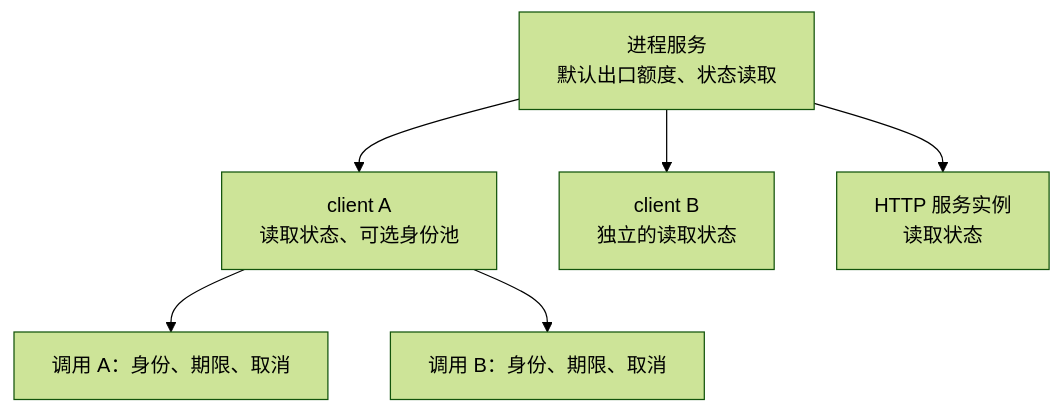
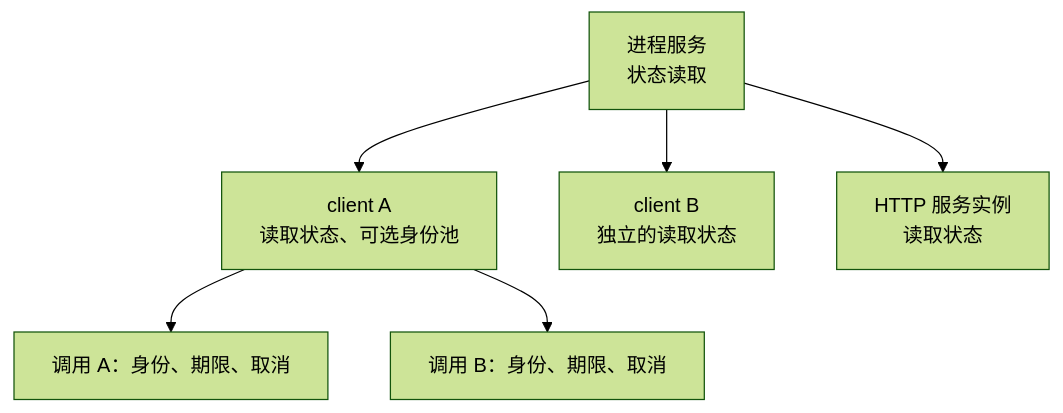
The fourth of 5 diagrams in docs/guide/request-layer-overview.md (nonhana/hana-music-api), drawn with Mermaid (forest theme) before and after one commit. The commit also changed other lines of this file and 52 other files, not shown here.

````diff
--- a/docs/guide/request-layer-overview.md
+++ b/docs/guide/request-layer-overview.md
@@ -100,8 +96,8 @@
 ```mermaid
 flowchart TD
-  PROCESS["进程服务<br/>默认出口额度、状态读取"] --> ClientOne["client A<br/>读取状态、可选身份池"]
+  PROCESS["进程服务<br/>状态读取"] --> ClientOne["client A<br/>读取状态、可选身份池"]
   PROCESS --> ClientTwo["client B<br/>独立的读取状态"]
   PROCESS --> SERVER["HTTP 服务实例<br/>读取状态"]
   ClientOne --> CallOne["调用 A：身份、期限、取消"]
   ClientOne --> CallTwo["调用 B：身份、期限、取消"]
 ```
````
